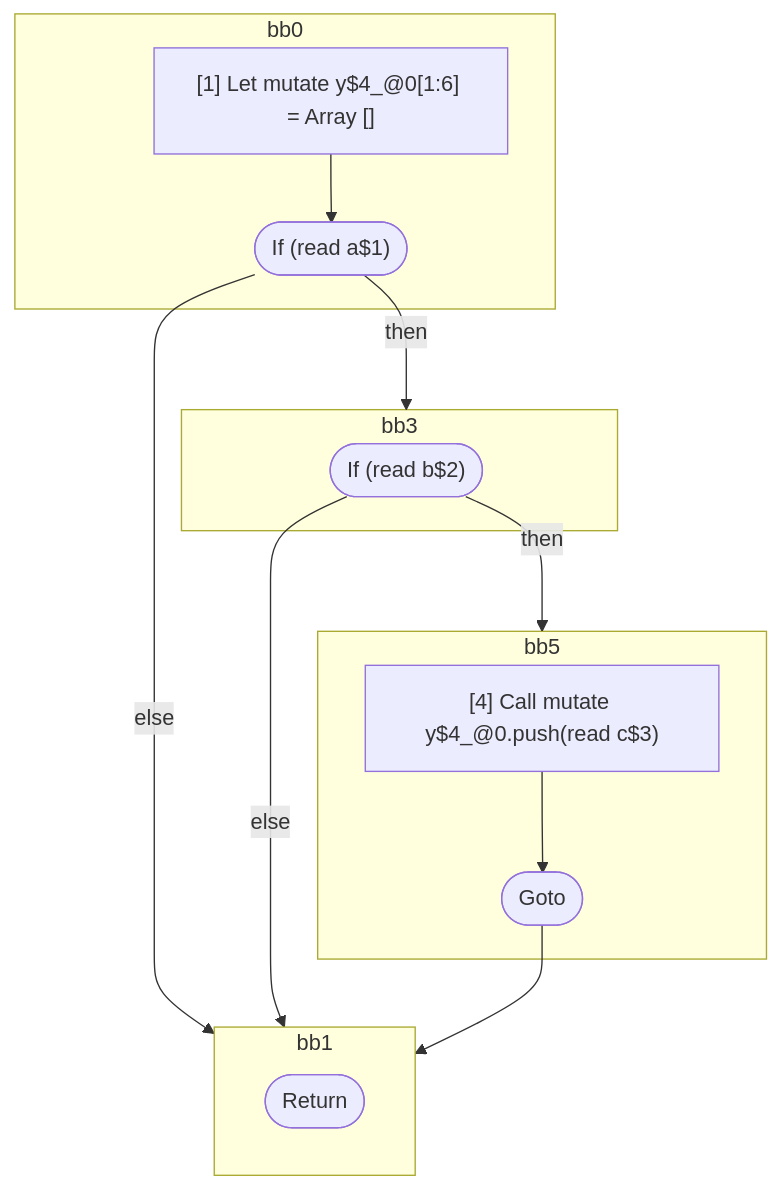
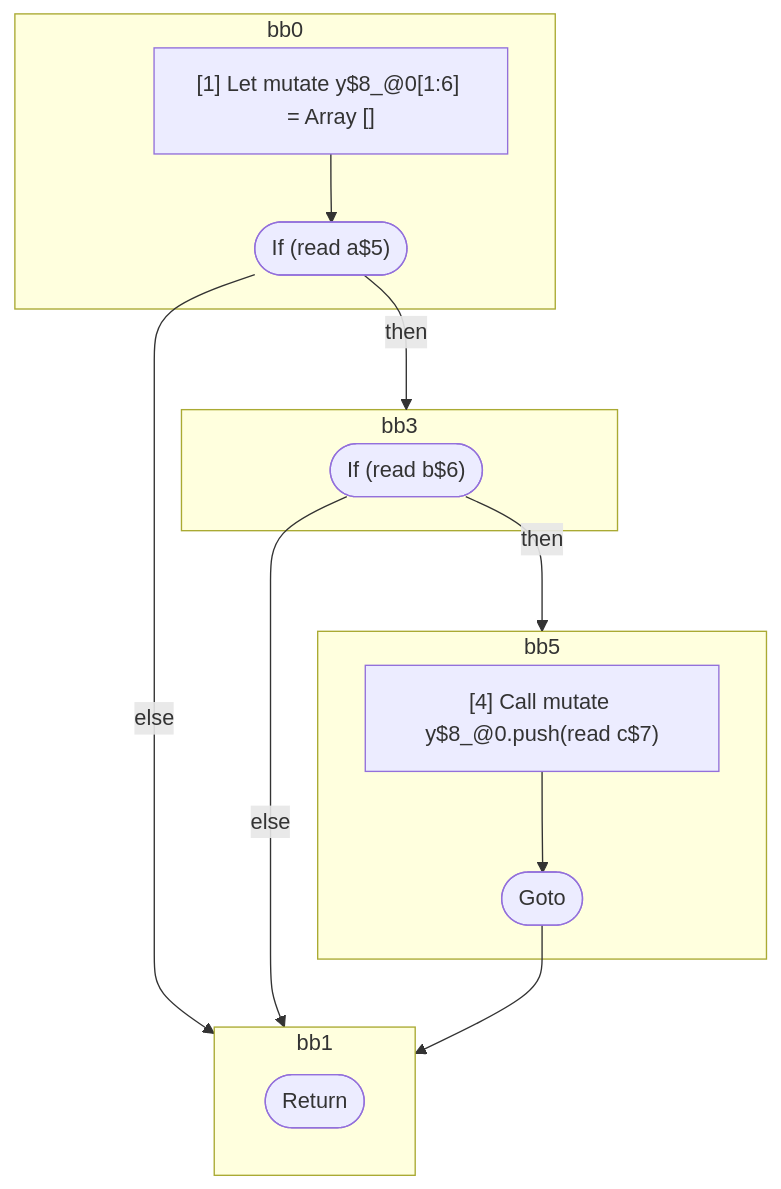
Before and after one commit to wutsmog/private: the diagram in compiler/forget/src/__tests__/fixtures/hir/inverted-if.expect.md, drawn with Mermaid. The commit also changed other lines of this file and 59 other files, not shown here.

````diff
--- a/compiler/forget/src/__tests__/fixtures/hir/inverted-if.expect.md
+++ b/compiler/forget/src/__tests__/fixtures/hir/inverted-if.expect.md
@@ -37,30 +37,30 @@
 ```mermaid
 flowchart TB
   %% Basic Blocks
   subgraph bb0
     bb0_instrs["
-      [1] Let mutate y$4_@0[1:6] = Array []
+      [1] Let mutate y$8_@0[1:6] = Array []
     "]
-    bb0_instrs --> bb0_terminal(["If (read a$1)"])
+    bb0_instrs --> bb0_terminal(["If (read a$5)"])
   end
   subgraph bb3
-    bb3_terminal(["If (read b$2)"])
+    bb3_terminal(["If (read b$6)"])
   end
   subgraph bb5
     bb5_instrs["
-      [4] Call mutate y$4_@0.push(read c$3)
+      [4] Call mutate y$8_@0.push(read c$7)
     "]
     bb5_instrs --> bb5_terminal(["Goto"])
   end
   subgraph bb1
     bb1_terminal(["Return"])
   end
 
   %% Jumps
   bb0_terminal -- "then" --> bb3
   bb0_terminal -- "else" --> bb1
   bb3_terminal -- "then" --> bb5
   bb3_terminal -- "else" --> bb1
   bb5_terminal --> bb1
 
 ```
````
